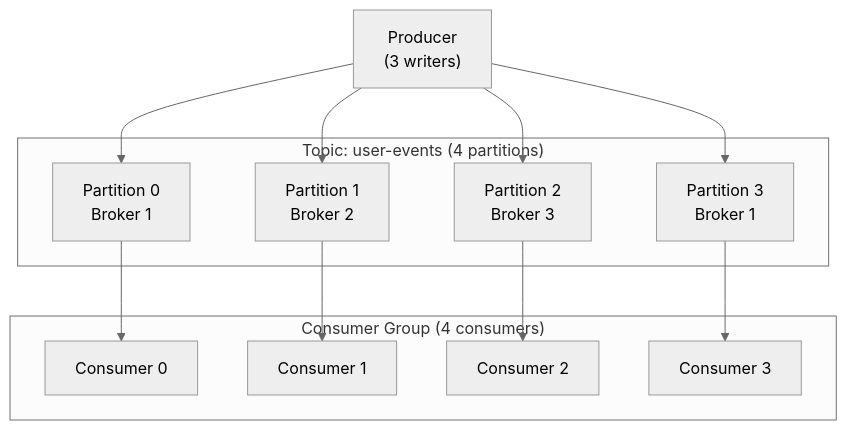
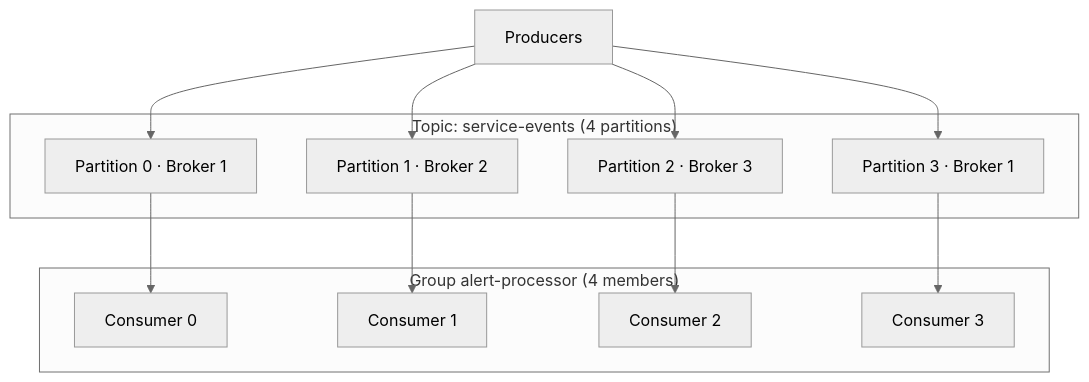
Before and after one commit to sanketn26/data-engineering: the diagram in docs/kafka/partitions.md, drawn with Mermaid (neutral theme). The commit also changed other lines of this file and 107 other files, not shown here.

````diff
--- a/docs/kafka/partitions.md
+++ b/docs/kafka/partitions.md
@@ -19,25 +32,25 @@
 ```mermaid
 graph TD
-    P["Producer\n(3 writers)"]
-    subgraph "Topic: user-events (4 partitions)"
-        P0["Partition 0\nBroker 1"]
-        P1["Partition 1\nBroker 2"]
-        P2["Partition 2\nBroker 3"]
-        P3["Partition 3\nBroker 1"]
+    P["Producers"]
+    subgraph "Topic: service-events (4 partitions)"
+        P0["Partition 0 · Broker 1"]
+        P1["Partition 1 · Broker 2"]
+        P2["Partition 2 · Broker 3"]
+        P3["Partition 3 · Broker 1"]
     end
-    subgraph "Consumer Group (4 consumers)"
+    subgraph "Group alert-processor (4 members)"
         C0["Consumer 0"]
         C1["Consumer 1"]
         C2["Consumer 2"]
         C3["Consumer 3"]
     end
 
     P --> P0
     P --> P1
     P --> P2
     P --> P3
     P0 --> C0
     P1 --> C1
     P2 --> C2
     P3 --> C3
 ```
````
